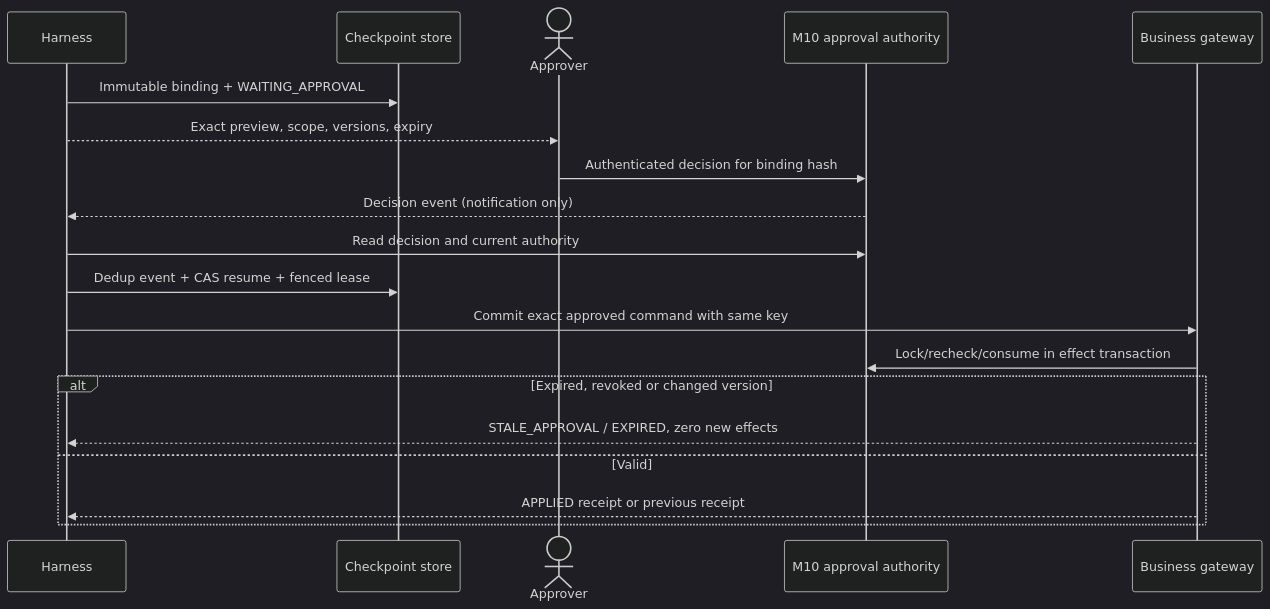
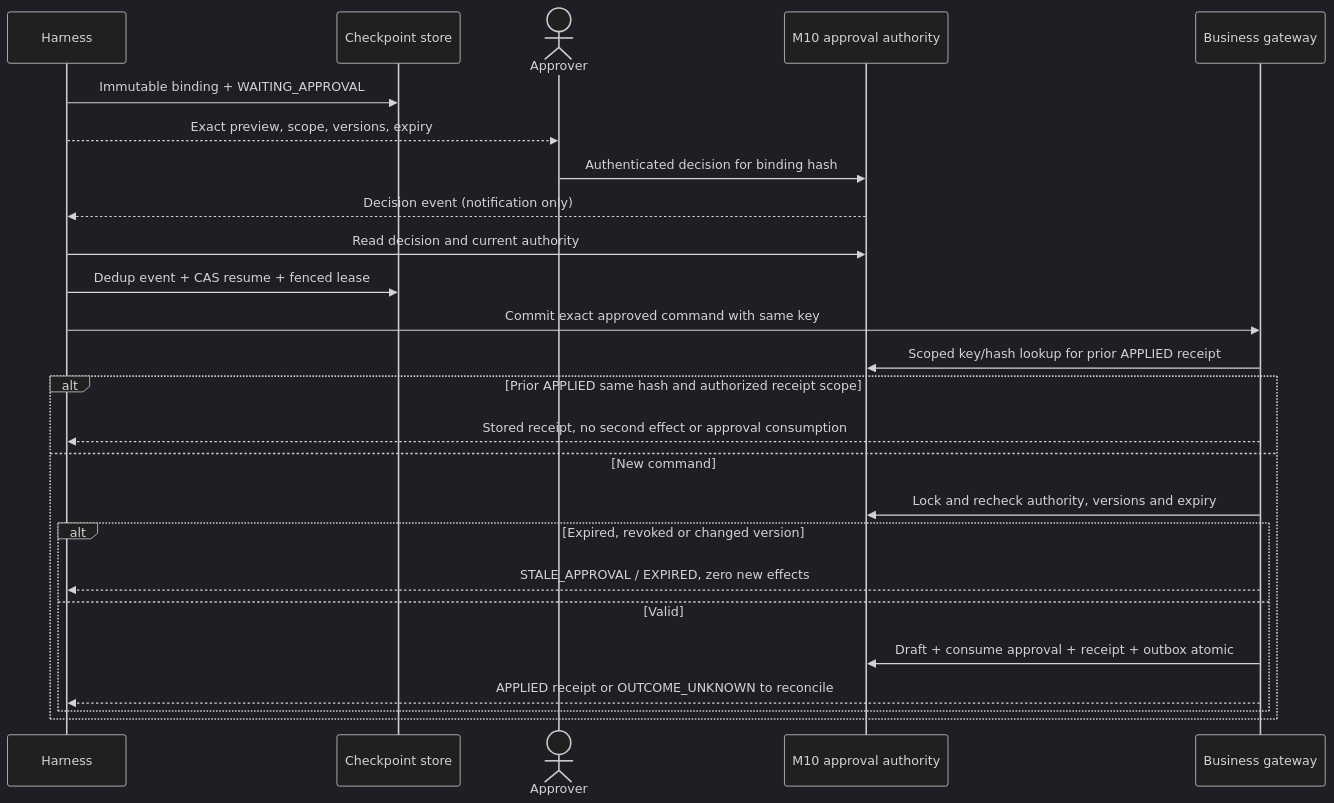
The diagram in docs/design/ai_architecture/07_security_and_human_approval.md (Baronger23/ERP.SmartHelpDesk), drawn with Mermaid (dark theme) before and after one commit. The commit also changed 70 other files, not shown here.

````diff
--- a/docs/design/ai_architecture/07_security_and_human_approval.md
+++ b/docs/design/ai_architecture/07_security_and_human_approval.md
@@ -42,21 +42,27 @@
 ```mermaid
 sequenceDiagram
     participant H as Harness
     participant S as Checkpoint store
     actor A as Approver
     participant P as M10 approval authority
     participant G as Business gateway
     H->>S: Immutable binding + WAITING_APPROVAL
     H-->>A: Exact preview, scope, versions, expiry
     A->>P: Authenticated decision for binding hash
     P-->>H: Decision event (notification only)
     H->>P: Read decision and current authority
     H->>S: Dedup event + CAS resume + fenced lease
     H->>G: Commit exact approved command with same key
-    G->>P: Lock/recheck/consume in effect transaction
-    alt Expired, revoked or changed version
-        G-->>H: STALE_APPROVAL / EXPIRED, zero new effects
-    else Valid
-        G-->>H: APPLIED receipt or previous receipt
+    G->>P: Scoped key/hash lookup for prior APPLIED receipt
+    alt Prior APPLIED same hash and authorized receipt scope
+        G-->>H: Stored receipt, no second effect or approval consumption
+    else New command
+        G->>P: Lock and recheck authority, versions and expiry
+        alt Expired, revoked or changed version
+            G-->>H: STALE_APPROVAL / EXPIRED, zero new effects
+        else Valid
+            G->>P: Draft + consume approval + receipt + outbox atomic
+            G-->>H: APPLIED receipt or OUTCOME_UNKNOWN to reconcile
+        end
     end
 ```
````
